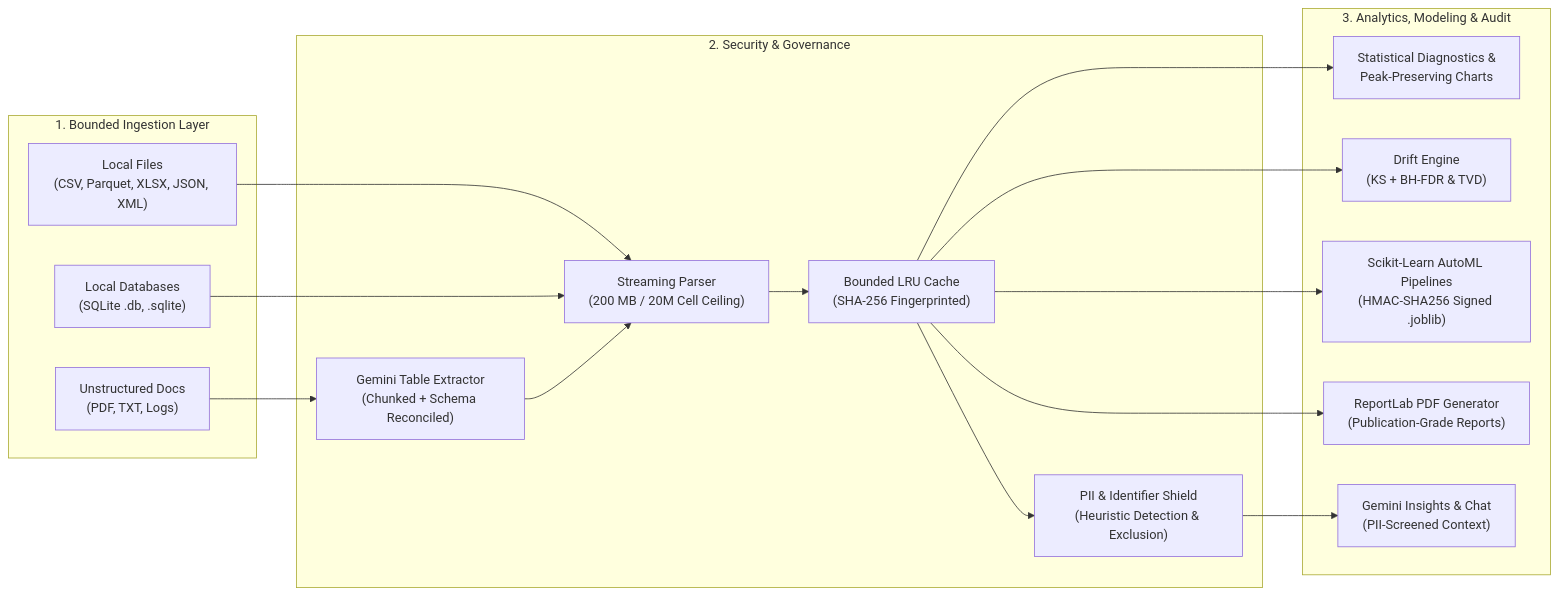
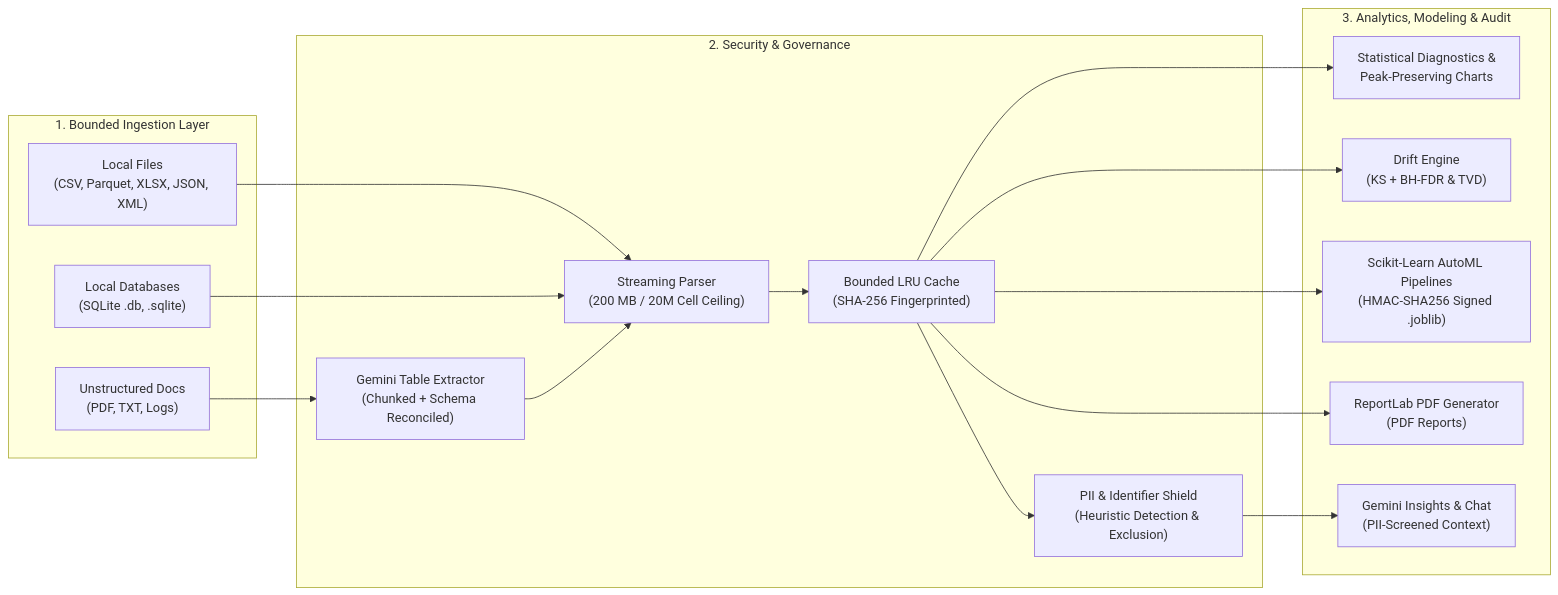
Before and after one commit to Srikiran22/CloudlnsightAl: the diagram in README.md, drawn with Mermaid. The commit also changed other lines of this file and 1 other file, not shown here.

````diff
--- a/README.md
+++ b/README.md
@@ -11,31 +11,31 @@
 ```mermaid
 flowchart LR
     subgraph Ingestion ["1. Bounded Ingestion Layer"]
         Local["Local Files\n(CSV, Parquet, XLSX, JSON, XML)"]
         DB["Local Databases\n(SQLite .db, .sqlite)"]
         RawDoc["Unstructured Docs\n(PDF, TXT, Logs)"]
     end
 
     subgraph Guards ["2. Security & Governance"]
         Parser["Streaming Parser\n(200 MB / 20M Cell Ceiling)"]
         AIConv["Gemini Table Extractor\n(Chunked + Schema Reconciled)"]
         Cache["Bounded LRU Cache\n(SHA-256 Fingerprinted)"]
         Privacy["PII & Identifier Shield\n(Heuristic Detection & Exclusion)"]
     end
 
     subgraph Analytics ["3. Analytics, Modeling & Audit"]
         EDA["Statistical Diagnostics &\nPeak-Preserving Charts"]
         Drift["Drift Engine\n(KS + BH-FDR & TVD)"]
         ML["Scikit-Learn AutoML Pipelines\n(HMAC-SHA256 Signed .joblib)"]
-        PDF["ReportLab PDF Generator\n(Publication-Grade Reports)"]
+        PDF["ReportLab PDF Generator\n(PDF Reports)"]
         GenAI["Gemini Insights & Chat\n(PII-Screened Context)"]
     end
 
     Local --> Parser
     DB --> Parser
     RawDoc --> AIConv --> Parser
     Parser --> Cache
     Cache --> Privacy
     Privacy --> GenAI
     Cache --> EDA & Drift & ML & PDF
 ```
````
